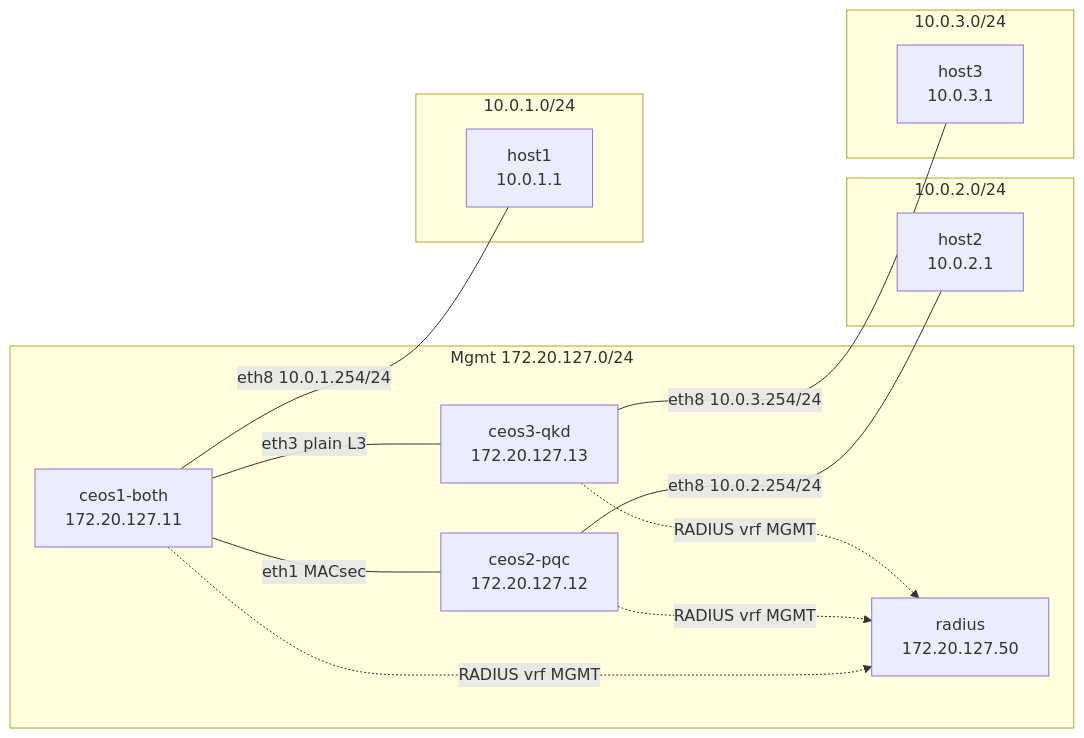
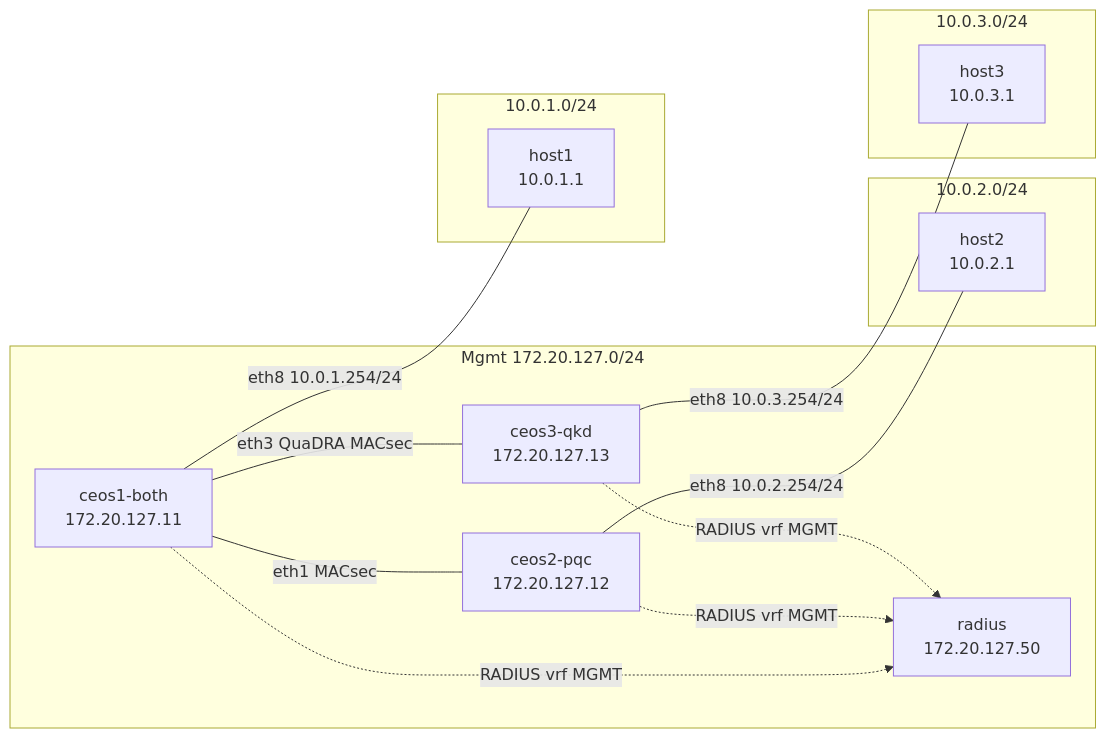
Before and after one commit to fhibler/arista-quantum-safe: the diagram in README.md, drawn with Mermaid. The commit also changed other lines of this file and 27 other files, not shown here.

First line of the commit message:
Add QuaDRA MACsec path and improve live lab test reporting.

````diff
--- a/README.md
+++ b/README.md
@@ -135,30 +135,30 @@
 ```mermaid
 flowchart LR
   subgraph mgmt["Mgmt 172.20.127.0/24"]
     ceos1["ceos1-both<br/>172.20.127.11"]
     ceos2["ceos2-pqc<br/>172.20.127.12"]
     ceos3["ceos3-qkd<br/>172.20.127.13"]
     radius["radius<br/>172.20.127.50"]
   end
 
   subgraph data1["10.0.1.0/24"]
     h1["host1<br/>10.0.1.1"]
   end
 
   subgraph data2["10.0.2.0/24"]
     h2["host2<br/>10.0.2.1"]
   end
 
   subgraph data3["10.0.3.0/24"]
     h3["host3<br/>10.0.3.1"]
   end
 
   ceos1 ---|"eth1 MACsec"| ceos2
-  ceos1 ---|"eth3 plain L3"| ceos3
+  ceos1 ---|"eth3 QuaDRA MACsec"| ceos3
   ceos1 ---|"eth8 10.0.1.254/24"| h1
   ceos2 ---|"eth8 10.0.2.254/24"| h2
   ceos3 ---|"eth8 10.0.3.254/24"| h3
   ceos1 -.->|"RADIUS vrf MGMT"| radius
   ceos2 -.->|"RADIUS vrf MGMT"| radius
   ceos3 -.->|"RADIUS vrf MGMT"| radius
 ```
````
